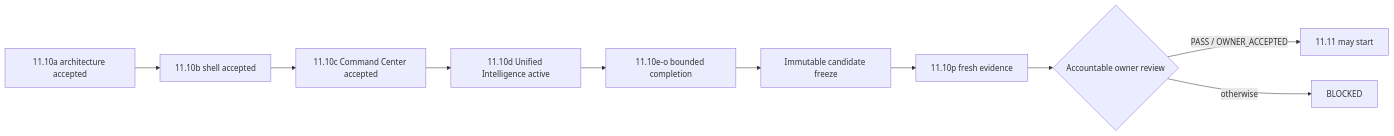
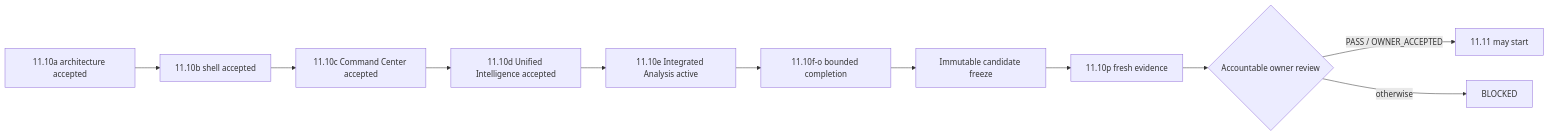
The diagram in docs/project/EXECUTIVE_DECISION_VIEW.md (GJvManen/dtmo), drawn with Mermaid before and after one commit. The commit also changed other lines of this file, not shown here.

````diff
--- a/docs/project/EXECUTIVE_DECISION_VIEW.md
+++ b/docs/project/EXECUTIVE_DECISION_VIEW.md
@@ -52,12 +52,13 @@
 ```mermaid
 flowchart LR
     A[11.10a architecture accepted] --> B[11.10b shell accepted]
     B --> C[11.10c Command Center accepted]
-    C --> D[11.10d Unified Intelligence active]
-    D --> R[11.10e-o bounded completion]
+    C --> D[11.10d Unified Intelligence accepted]
+    D --> E[11.10e Integrated Analysis active]
+    E --> R[11.10f-o bounded completion]
     R --> F[Immutable candidate freeze]
-    F --> E[11.10p fresh evidence]
-    E --> O{Accountable owner review}
+    F --> P[11.10p fresh evidence]
+    P --> O{Accountable owner review}
     O -->|PASS / OWNER_ACCEPTED| N[11.11 may start]
     O -->|otherwise| X[BLOCKED]
 ```
````
